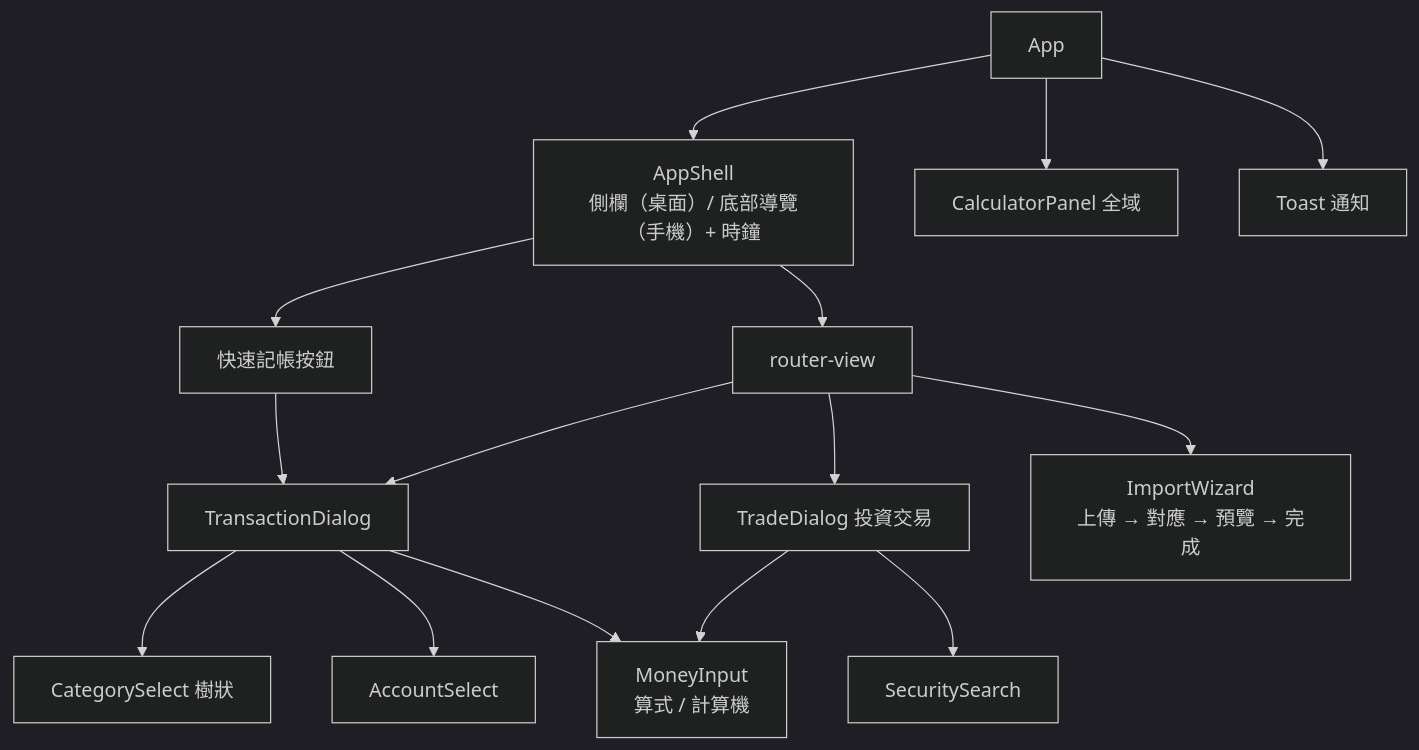
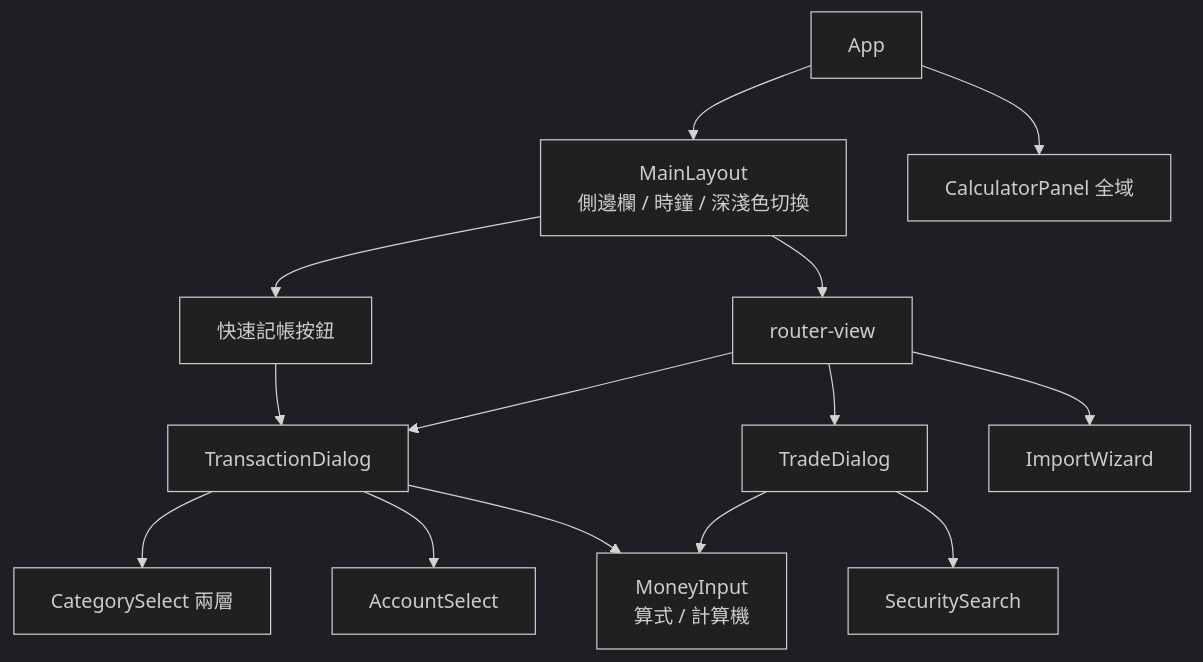
The sixth of 6 diagrams in docs/SD.md (alexsuze/do-accounts), drawn with Mermaid (dark theme) before and after one commit. The commit also changed other lines of this file and 3 other files, not shown here.

````diff
--- a/docs/SD.md
+++ b/docs/SD.md
@@ -738,17 +724,16 @@
 ```mermaid
 graph TD
-    App --> Shell[AppShell<br/>側欄（桌面）/ 底部導覽（手機）+ 時鐘]
-    Shell --> RV[router-view]
-    Shell --> FAB[快速記帳按鈕]
+    App --> ML[MainLayout<br/>側邊欄 / 時鐘 / 深淺色切換]
+    ML --> RV[router-view]
+    ML --> FAB[快速記帳按鈕]
     App --> Calc[CalculatorPanel 全域]
-    App --> Toast[Toast 通知]
     FAB --> TxDlg[TransactionDialog]
     RV --> TxDlg
     TxDlg --> MI[MoneyInput<br/>算式 / 計算機]
     TxDlg --> AS[AccountSelect]
-    TxDlg --> CS[CategorySelect 樹狀]
-    RV --> TradeDlg[TradeDialog 投資交易]
-    TradeDlg --> SecS[SecuritySearch]
+    TxDlg --> CS[CategorySelect 兩層]
+    RV --> TradeDlg[TradeDialog]
+    TradeDlg --> SS[SecuritySearch]
     TradeDlg --> MI
-    RV --> Wizard[ImportWizard<br/>上傳 → 對應 → 預覽 → 完成]
+    RV --> IW[ImportWizard]
 ```
````
